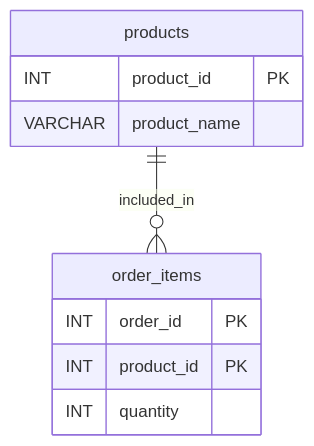
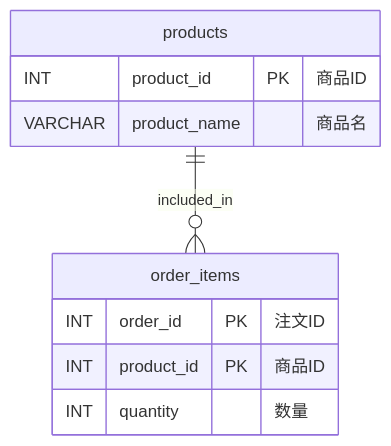
The second of 5 diagrams in 05_database/01/docs/normalization.md (tanaka-yui/learning), drawn with Mermaid before and after one commit. The commit also changed other lines of this file, not shown here.

Commit message:
docs(database): replace SQL with table definitions and ER diagrams, add Japanese column names

````diff
--- a/05_database/01/docs/normalization.md
+++ b/05_database/01/docs/normalization.md
@@ -182,14 +142,14 @@
 ```mermaid
 erDiagram
     products ||--o{ order_items : "included_in"
 
     products {
-        INT product_id PK
-        VARCHAR product_name
+        INT product_id PK "商品ID"
+        VARCHAR product_name "商品名"
     }
     order_items {
-        INT order_id PK
-        INT product_id PK
-        INT quantity
+        INT order_id PK "注文ID"
+        INT product_id PK "商品ID"
+        INT quantity "数量"
     }
 ```
````
